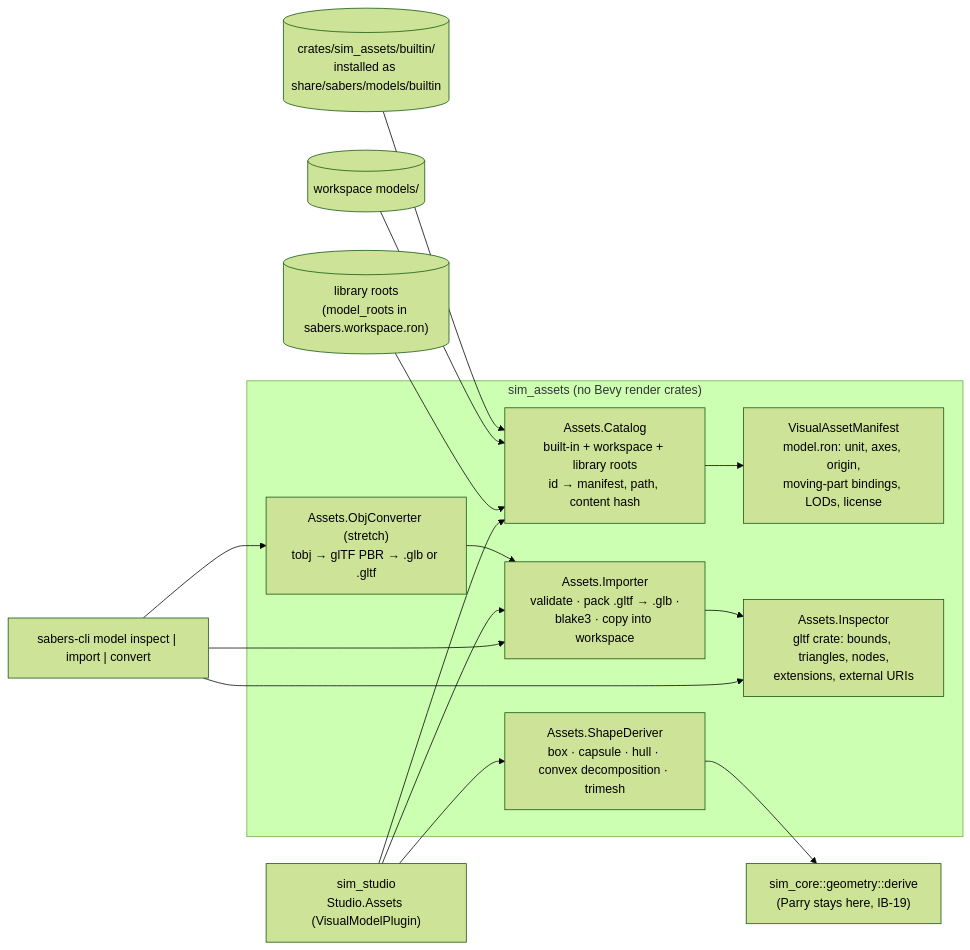
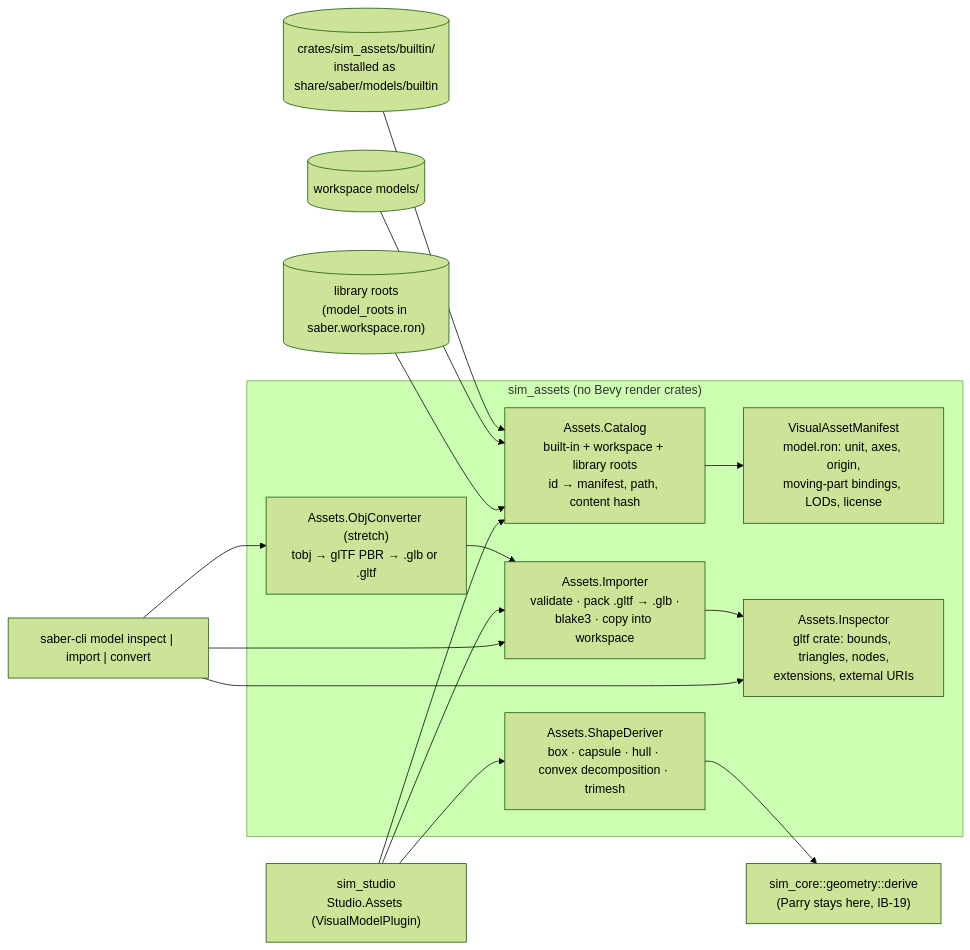
Diagram 11 of 18 in docs/design/subsystems-and-interfaces.md (Schmiedium/SABER), drawn with Mermaid (forest theme) before and after one commit. The commit also changed other lines of this file and 6 other files, not shown here.

First line of the commit message:
Rename sabers identifiers to saber across the design docs (D18)

````diff
--- a/docs/design/subsystems-and-interfaces.md
+++ b/docs/design/subsystems-and-interfaces.md
@@ -548,25 +550,25 @@
 ```mermaid
 flowchart LR
     subgraph sim_assets["sim_assets (no Bevy render crates)"]
         cat["Assets.Catalog<br/>built-in + workspace + library roots<br/>id → manifest, path, content hash"]
         man["VisualAssetManifest<br/>model.ron: unit, axes, origin,<br/>moving-part bindings, LODs, license"]
         insp["Assets.Inspector<br/>gltf crate: bounds, triangles, nodes,<br/>extensions, external URIs"]
         imp["Assets.Importer<br/>validate · pack .gltf → .glb ·<br/>blake3 · copy into workspace"]
         obj["Assets.ObjConverter (stretch)<br/>tobj → glTF PBR → .glb or .gltf"]
         der["Assets.ShapeDeriver<br/>box · capsule · hull · convex decomposition · trimesh"]
     end
-    builtin[("crates/sim_assets/builtin/<br/>installed as share/sabers/models/builtin")]
+    builtin[("crates/sim_assets/builtin/<br/>installed as share/saber/models/builtin")]
     ws[("workspace models/")]
-    roots[("library roots<br/>(model_roots in sabers.workspace.ron)")]
+    roots[("library roots<br/>(model_roots in saber.workspace.ron)")]
     studio["sim_studio<br/>Studio.Assets (VisualModelPlugin)"]
-    cli["sabers-cli model inspect | import | convert"]
+    cli["saber-cli model inspect | import | convert"]
     geo["sim_core::geometry::derive<br/>(Parry stays here, IB-19)"]
 
     builtin & ws & roots --> cat
     cat --> man
     imp --> insp
     obj --> imp
     der --> geo
     studio --> cat & imp & der
     cli --> imp & obj & insp
 ```
````
